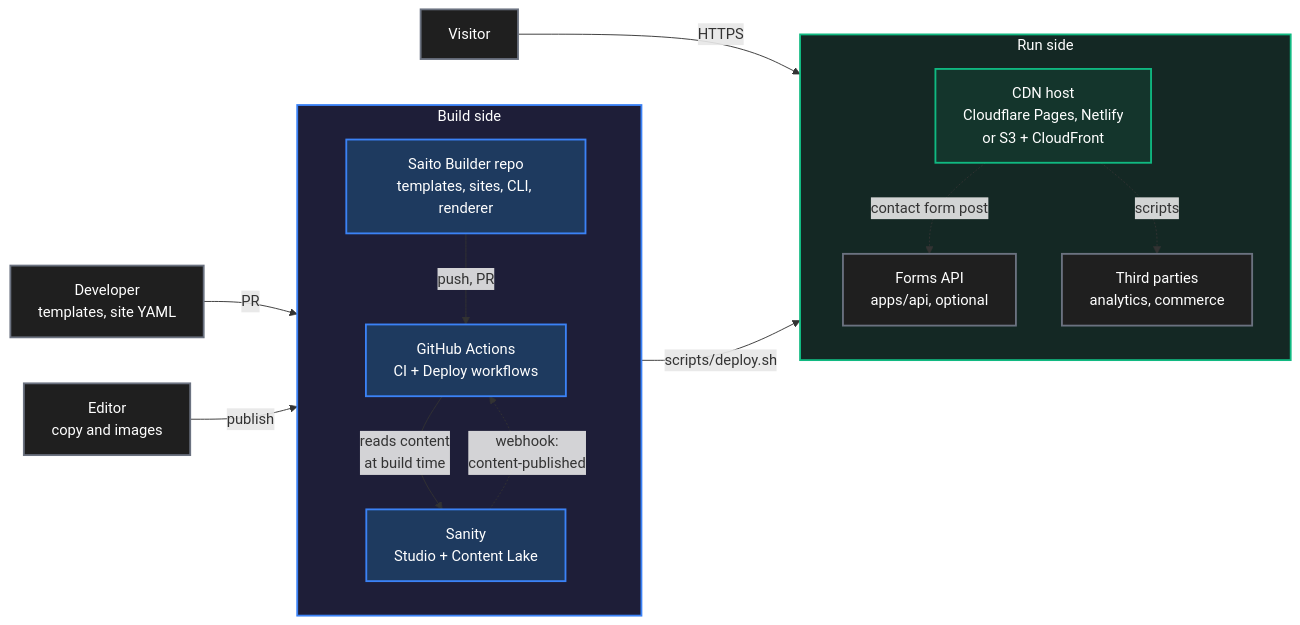
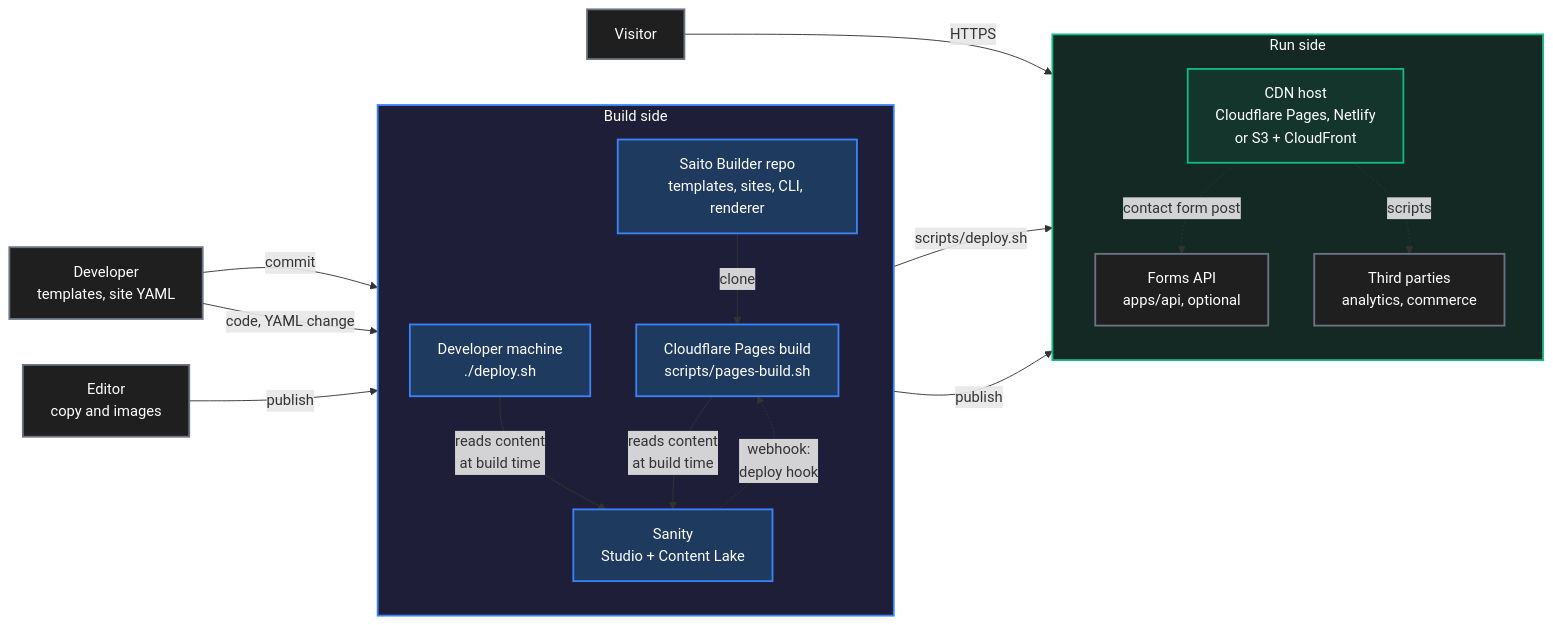
One commit to Gualtix/saito-builder changed the first of 21 diagrams in README.md. Above: the diagram before and after it, drawn with Mermaid. The commit also changed other lines of this file and 9 other files, not shown here.

````diff
--- a/README.md
+++ b/README.md
@@ -30,43 +30,47 @@
 ```mermaid
 flowchart LR
   classDef blue  fill:#1e3a5f,stroke:#3b82f6,stroke-width:2px,color:#ffffff,filter:none
   classDef green fill:#14352c,stroke:#10b981,stroke-width:2px,color:#ffffff,filter:none
   classDef red   fill:#3b1a1a,stroke:#ef4444,stroke-width:2px,color:#ffffff,filter:none
   classDef teal  fill:#0f2d2d,stroke:#14b8a6,stroke-width:2px,color:#ffffff,filter:none
   classDef gray  fill:#1f1f1f,stroke:#6b7280,stroke-width:2px,color:#ffffff,filter:none
 
   Dev["Developer<br>templates, site YAML"]
   Ed["Editor<br>copy and images"]
   Vis["Visitor"]
 
   subgraph Build["Build side"]
     direction TB
     Repo["Saito Builder repo<br>templates, sites, CLI, renderer"]
-    GHA["GitHub Actions<br>CI + Deploy workflows"]
+    Mach["Developer machine<br>./deploy.sh"]
+    CFB["Cloudflare Pages build<br>scripts/pages-build.sh"]
     Sanity["Sanity<br>Studio + Content Lake"]
   end
 
   subgraph Run["Run side"]
     direction TB
     CDN["CDN host<br>Cloudflare Pages, Netlify<br>or S3 + CloudFront"]
     API["Forms API<br>apps/api, optional"]
     Third["Third parties<br>analytics, commerce"]
   end
 
-  Dev -->|"PR"| Repo
+  Dev -->|"commit"| Repo
+  Dev -->|"code, YAML change"| Mach
   Ed -->|"publish"| Sanity
-  Repo -->|"push, PR"| GHA
-  Sanity -.->|"webhook:<br>content-published"| GHA
-  GHA -->|"reads content<br>at build time"| Sanity
-  GHA -->|"scripts/deploy.sh"| CDN
+  Sanity -.->|"webhook:<br>deploy hook"| CFB
+  Repo -->|"clone"| CFB
+  Mach -->|"reads content<br>at build time"| Sanity
+  CFB -->|"reads content<br>at build time"| Sanity
+  Mach -->|"scripts/deploy.sh"| CDN
+  CFB -->|"publish"| CDN
   Vis -->|"HTTPS"| CDN
   CDN -.->|"contact form post"| API
   CDN -.->|"scripts"| Third
 
   class Dev,Ed,Vis gray
-  class Repo,GHA,Sanity blue
+  class Repo,Mach,CFB,Sanity blue
   class CDN green
   class API,Third gray
   style Build fill:#1e1e38,stroke:#3b82f6,stroke-width:2px,color:#ffffff,filter:none
   style Run fill:#142824,stroke:#10b981,stroke-width:2px,color:#ffffff,filter:none
 ```
````
